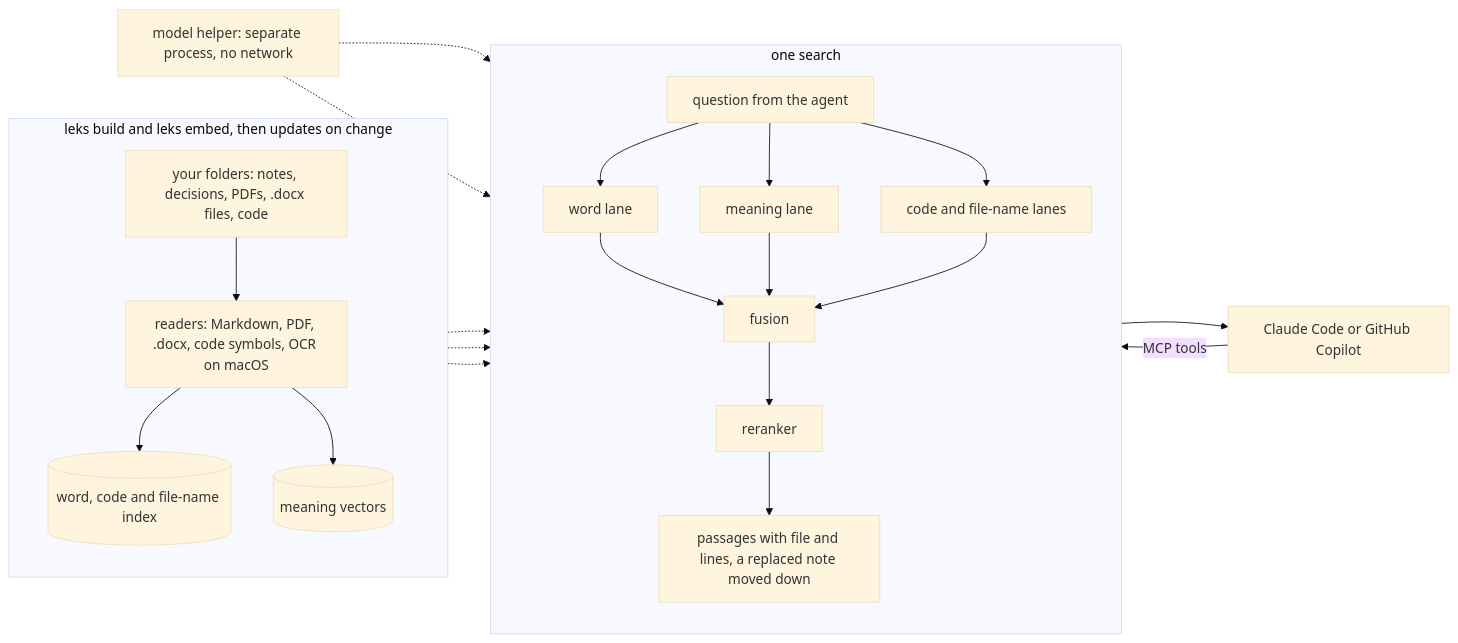
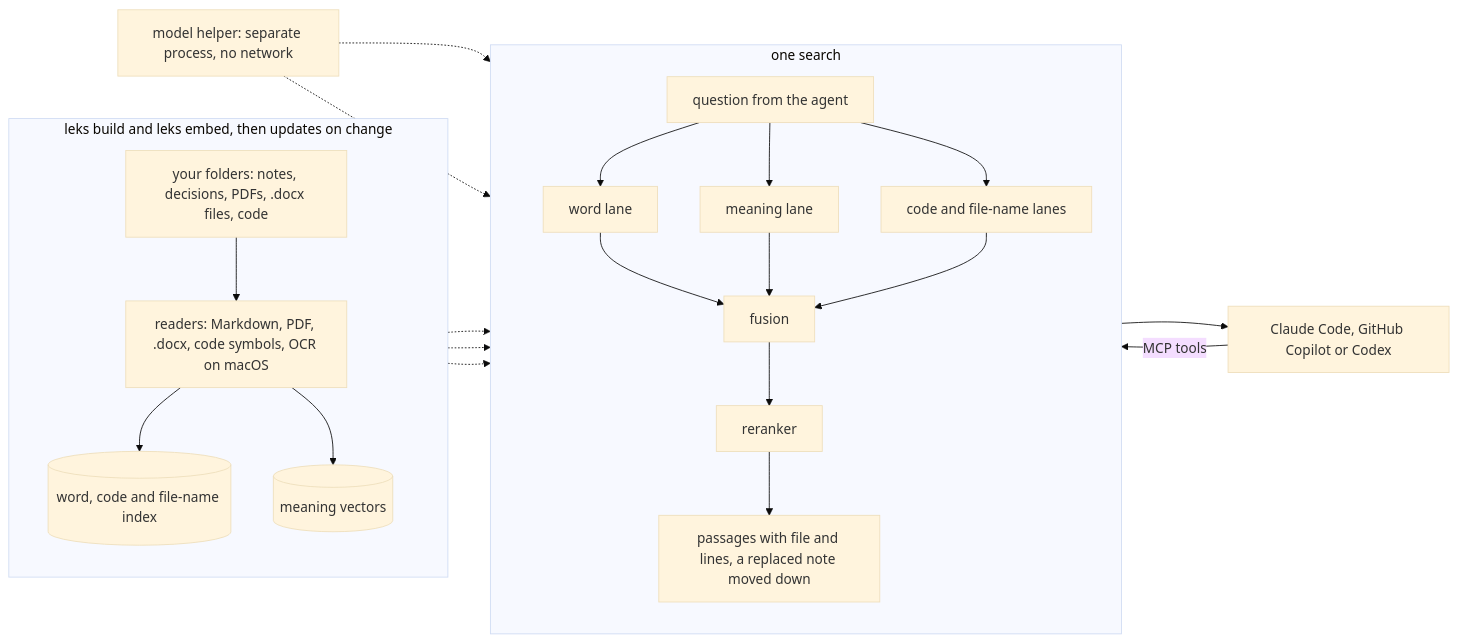
Before and after one commit to jacobemanuel/leks: the first of 2 diagrams in README.md, drawn with Mermaid (base theme). The commit also changed other lines of this file and 167 other files, not shown here.

````diff
--- a/README.md
+++ b/README.md
@@ -39,27 +89,27 @@
 ```mermaid
 flowchart LR
     subgraph build["leks build and leks embed, then updates on change"]
         direction TB
         SRC["your folders: notes, decisions, PDFs, .docx files, code"] --> RD["readers: Markdown, PDF, .docx, code symbols, OCR on macOS"]
         RD --> WI[("word, code and file-name index")]
         RD --> VI[("meaning vectors")]
     end
     subgraph search["one search"]
         direction TB
         Q["question from the agent"] --> LW["word lane"]
         Q --> LM["meaning lane"]
         Q --> LC["code and file-name lanes"]
         LW --> FU["fusion"]
         LM --> FU
         LC --> FU
         FU --> RR["reranker"]
         RR --> OUT["passages with file and lines, a replaced note moved down"]
     end
     WI -.-> LW
     WI -.-> LC
     VI -.-> LM
     MH["model helper: separate process, no network"] -.-> LM
     MH -.-> RR
-    AG["Claude Code or GitHub Copilot"] -- "MCP tools" --> Q
+    AG["Claude Code, GitHub Copilot or Codex"] -- "MCP tools" --> Q
     OUT --> AG
 ```
````
